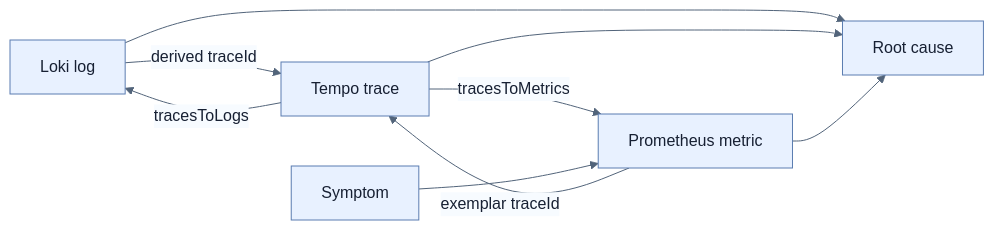
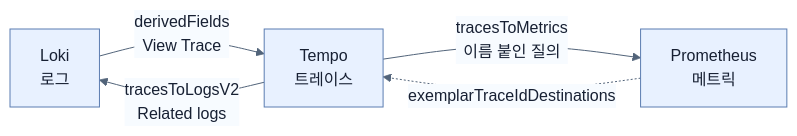
The first of 2 diagrams in spring-boot-4-pdf-notes/part-5-observing-spring-boot-4-applications/chapter-13-observing-spring-boot-4-applications/06-correlating-logs-metrics-and-traces.md (sing-u8/Learning_Spring_Boot_4), drawn with Mermaid before and after one commit. The commit also changed other lines of this file and 253 other files, not shown here.

````diff
--- a/spring-boot-4-pdf-notes/part-5-observing-spring-boot-4-applications/chapter-13-observing-spring-boot-4-applications/06-correlating-logs-metrics-and-traces.md
+++ b/spring-boot-4-pdf-notes/part-5-observing-spring-boot-4-applications/chapter-13-observing-spring-boot-4-applications/06-correlating-logs-metrics-and-traces.md
@@ -31,10 +67,8 @@
 ```mermaid
 %%{init: {'theme': 'base', 'themeVariables': {'background': '#ffffff', 'primaryColor': '#e8f1ff', 'primaryTextColor': '#172033', 'primaryBorderColor': '#5b7db1', 'lineColor': '#52647a', 'secondaryColor': '#f7fbff', 'tertiaryColor': '#fff7df'}}}%%
 flowchart LR
-    L[Loki log] -->|derived traceId| T[Tempo trace]
-    T -->|tracesToLogs| L
-    T -->|tracesToMetrics| P[Prometheus metric]
-    P -->|exemplar traceId| T
-    M[Symptom] --> P
-    L & T & P --> R[Root cause]
+    L["Loki<br/>로그"] -->|"derivedFields<br/>View Trace"| T["Tempo<br/>트레이스"]
+    T -->|"tracesToLogsV2<br/>Related logs"| L
+    T -->|"tracesToMetrics<br/>이름 붙인 질의"| P["Prometheus<br/>메트릭"]
+    P -.->|"exemplarTraceIdDestinations"| T
 ```
````
